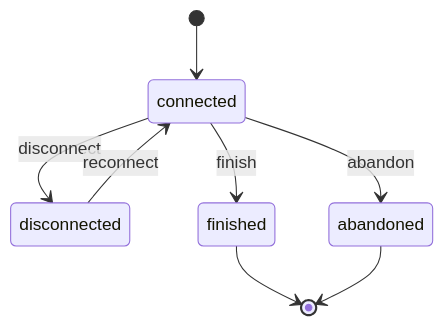
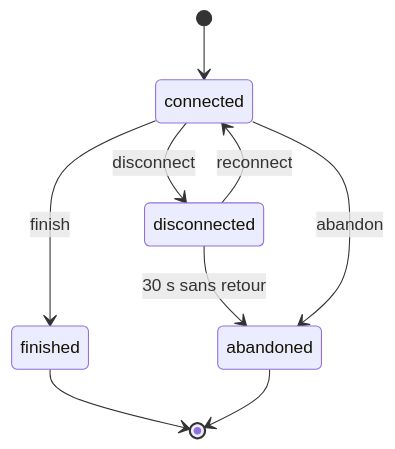
Before and after one commit to Madlodon/taype-in: the third of 4 diagrams in docs/ARCHITECTURE.md, drawn with Mermaid. The commit also changed other lines of this file and 1 other file, not shown here.

````diff
--- a/docs/ARCHITECTURE.md
+++ b/docs/ARCHITECTURE.md
@@ -155,10 +155,11 @@
 ```mermaid
 stateDiagram-v2
     [*] --> connected
     connected --> disconnected : disconnect
     disconnected --> connected : reconnect
+    disconnected --> abandoned : 30 s sans retour
     connected --> finished : finish
     connected --> abandoned : abandon
     finished --> [*]
     abandoned --> [*]
 ```
````
